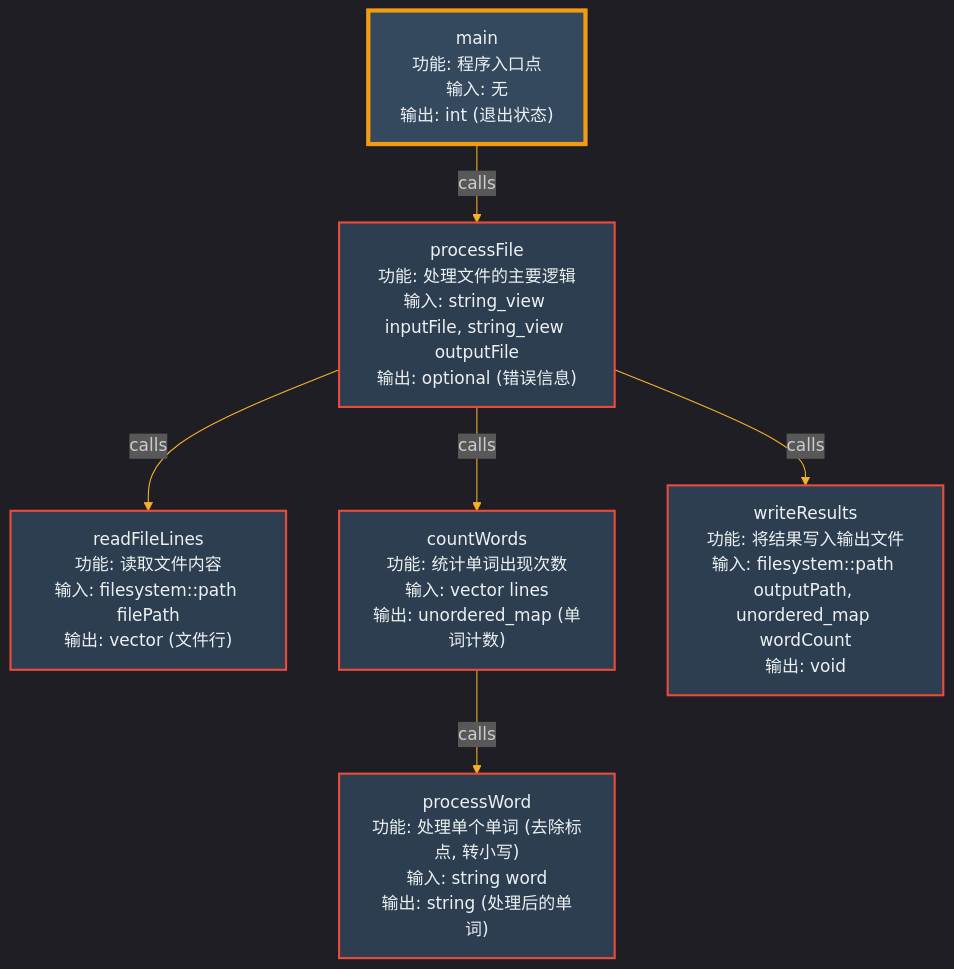
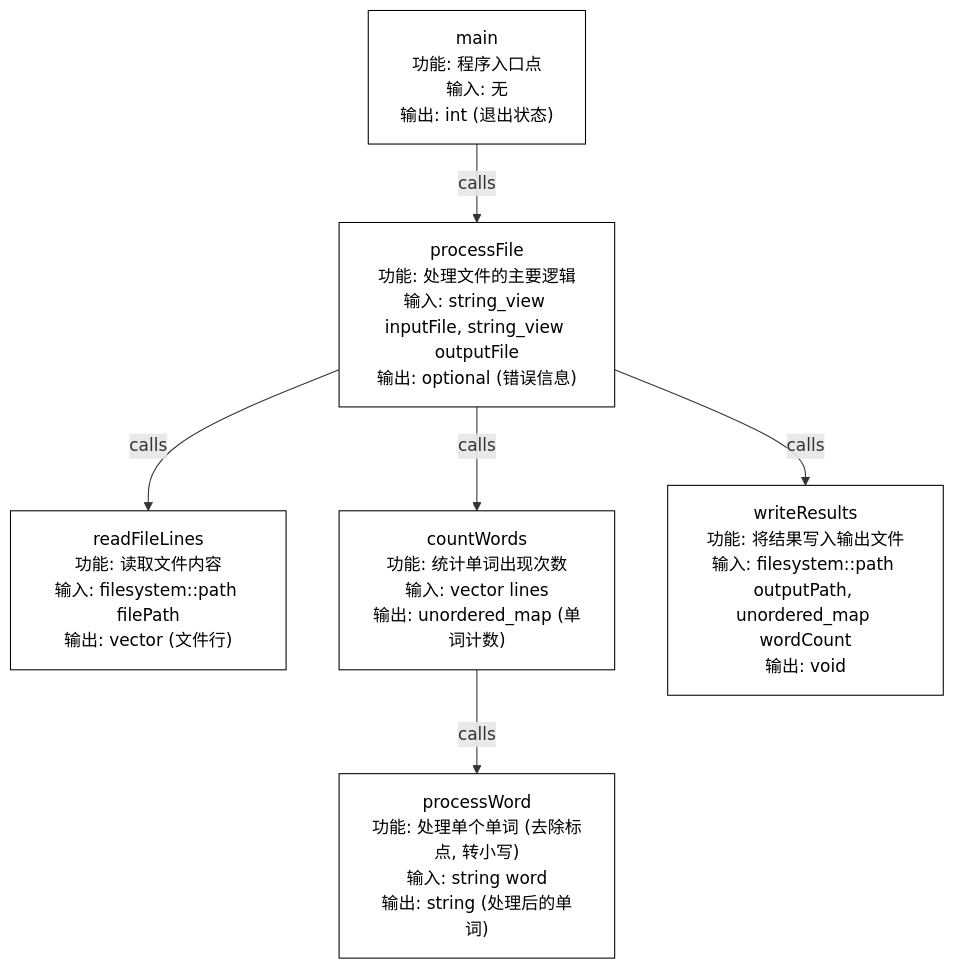
The diagram in word_count_cpp/README.md (wubin28/wuzhenbens_playground), drawn with Mermaid before and after one commit.

Commit message:
docs:word_count_cpp: change the theme of the function call diagram

````diff
--- a/word_count_cpp/README.md
+++ b/word_count_cpp/README.md
@@ -7,54 +7,40 @@
 ```mermaid
-%%{init: {
-  'theme': 'dark',
-  'themeVariables': {
-    'primaryColor': '#BB2528',
-    'primaryTextColor': '#fff',
-    'primaryBorderColor': '#7C0000',
-    'lineColor': '#F8B229',
-    'secondaryColor': '#006100',
-    'tertiaryColor': '#00A86B'
-  }
-}}%%
+graph TD
+    classDef default fill:#ffffff,stroke:#000000,color:#000000;
 
-graph TD
     A[main] -->|calls| B(processFile)
     B -->|calls| C(readFileLines)
     B -->|calls| D(countWords)
     B -->|calls| E(writeResults)
     D -->|calls| F(processWord)
 
     A["main
     功能: 程序入口点
 输入: 无
 输出: int (退出状态)"]
 
 B["processFile
 功能: 处理文件的主要逻辑
 输入: string_view inputFile, string_view outputFile
 输出: optional<string> (错误信息)"]
 
 C["readFileLines
 功能: 读取文件内容
 输入: filesystem::path filePath
 输出: vector<string> (文件行)"]
 
 D["countWords
 功能: 统计单词出现次数
 输入: vector<string> lines
 输出: unordered_map<string, size_t> (单词计数)"]
 
 E["writeResults
 功能: 将结果写入输出文件
 输入: filesystem::path outputPath, unordered_map<string, size_t> wordCount
 输出: void"]
 
 F["processWord
 功能: 处理单个单词 (去除标点, 转小写)
 输入: string word
 输出: string (处理后的单词)"]
-
-classDef default fill:#2C3E50,stroke:#E74C3C,stroke-width:2px,color:#ECF0F1;
-classDef main fill:#34495E,stroke:#F39C12,stroke-width:4px,color:#ECF0F1;
-class A main;
 ```
````
